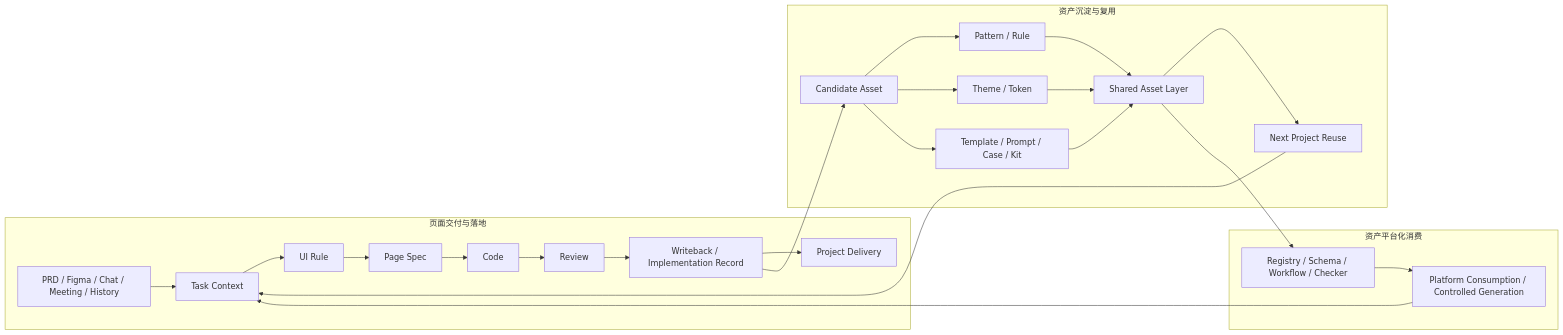
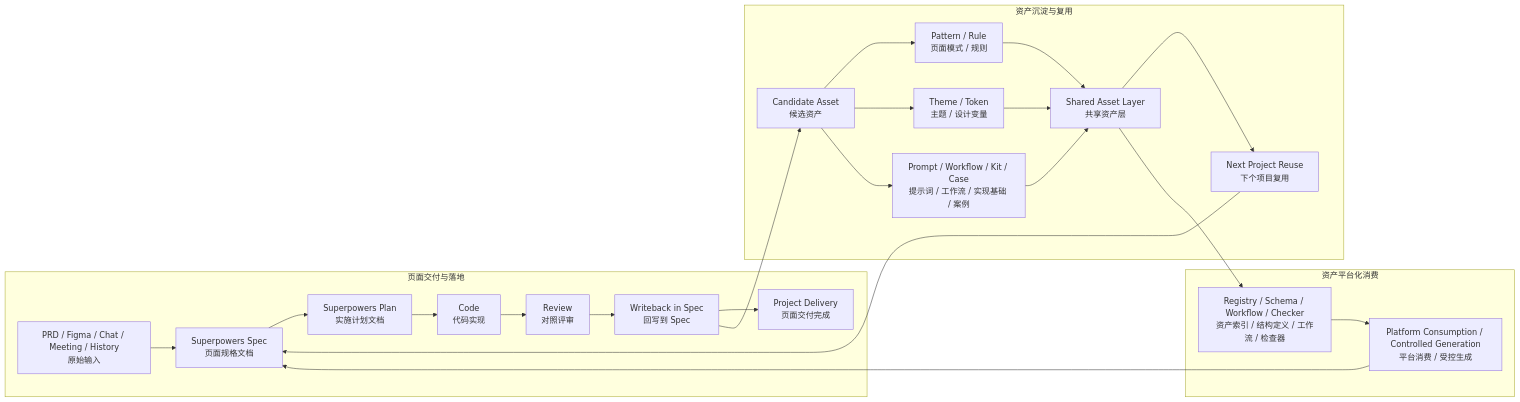
One commit to clarence1026/Spec-Driven-Development changed the first of 4 diagrams in docs/README.md. Above: the diagram before and after it, drawn with Mermaid. The commit also changed other lines of this file and 16 other files, not shown here.

````diff
--- a/docs/README.md
+++ b/docs/README.md
@@ -86,33 +88,32 @@
 ```mermaid
 flowchart LR
     subgraph L1[页面交付与落地]
-        A[PRD / Figma / Chat / Meeting / History] --> B[Task Context]
-        B --> C[UI Rule]
-        C --> D[Page Spec]
-        D --> E[Code]
-        E --> F[Review]
-        F --> G[Writeback / Implementation Record]
-        G --> H[Project Delivery]
+        A[PRD / Figma / Chat / Meeting / History<br/>原始输入] --> B[Superpowers Spec<br/>页面规格文档]
+        B --> C[Superpowers Plan<br/>实施计划文档]
+        C --> D[Code<br/>代码实现]
+        D --> E[Review<br/>对照评审]
+        E --> F[Writeback in Spec<br/>回写到 Spec]
+        F --> G[Project Delivery<br/>页面交付完成]
     end
 
-    G --> I[Candidate Asset]
+    F --> H[Candidate Asset<br/>候选资产]
 
     subgraph L2[资产沉淀与复用]
-        I --> J[Pattern / Rule]
-        I --> K[Theme / Token]
-        I --> L[Template / Prompt / Case / Kit]
-        J --> M[Shared Asset Layer]
-        K --> M
-        L --> M
-        M --> N[Next Project Reuse]
+        H --> I[Pattern / Rule<br/>页面模式 / 规则]
+        H --> J[Theme / Token<br/>主题 / 设计变量]
+        H --> K[Prompt / Workflow / Kit / Case<br/>提示词 / 工作流 / 实现基础 / 案例]
+        I --> L[Shared Asset Layer<br/>共享资产层]
+        J --> L
+        K --> L
+        L --> M[Next Project Reuse<br/>下个项目复用]
     end
 
-    N --> B
+    M --> B
 
     subgraph L3[资产平台化消费]
-        M --> O[Registry / Schema / Workflow / Checker]
-        O --> P[Platform Consumption / Controlled Generation]
+        L --> N[Registry / Schema / Workflow / Checker<br/>资产索引 / 结构定义 / 工作流 / 检查器]
+        N --> O[Platform Consumption / Controlled Generation<br/>平台消费 / 受控生成]
     end
 
-    P --> B
+    O --> B
 ```
````
